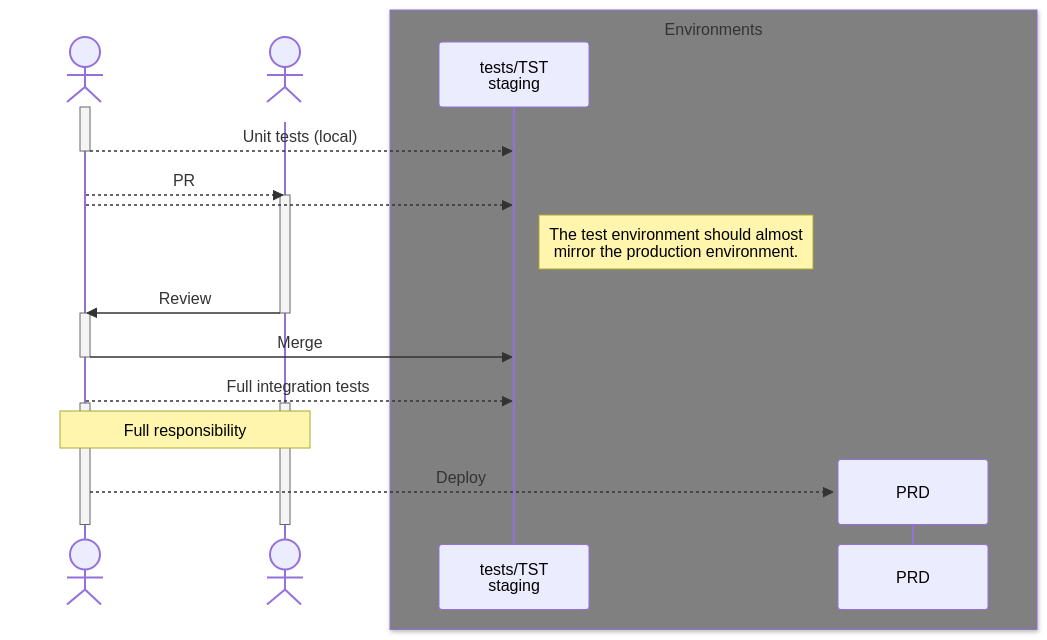
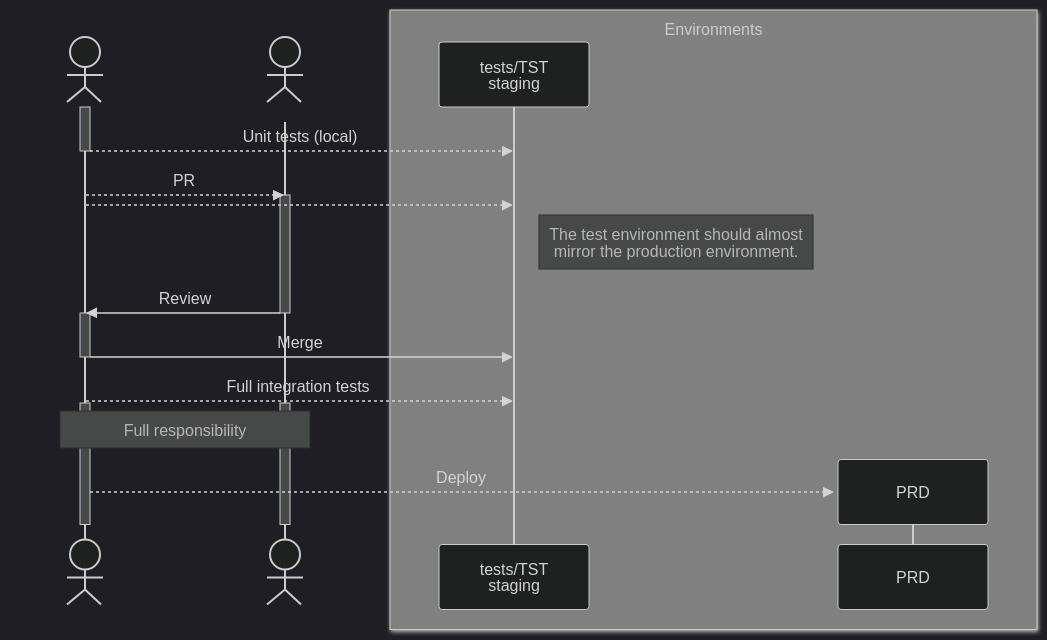
Before and after one commit to mjwalz/Kartografische_Zeitmaschine: diagram 18 of 20 in README.md, drawn with Mermaid. The commit also changed other lines of this file and 4 other files, not shown here.

````diff
--- a/README.md
+++ b/README.md
@@ -1158,31 +1217,36 @@
 ```mermaid
+---
+config:
+  theme: 'dark'
+---
+
 sequenceDiagram
     create actor S as 
     create actor M as 
     create participant T as tests/TST<br>staging
     activate S
     S-->>T: Unit tests (local)
     deactivate S
     S-->>M: PR
     activate M
     S-->>T: 
     Note right of T: The test environment should almost<br>mirror the production environment.
     M->>S: Review
     deactivate M
     activate S
     S->>T: Merge
     deactivate S
     S-->>T: Full integration tests 
     activate M
     activate S
     Note over S,M: Full responsibility
     create participant P as PRD
     box GREY Environments
         participant T
         participant P
     end
     S-->>P: Deploy
     deactivate S
     deactivate M
 
 ```
````
